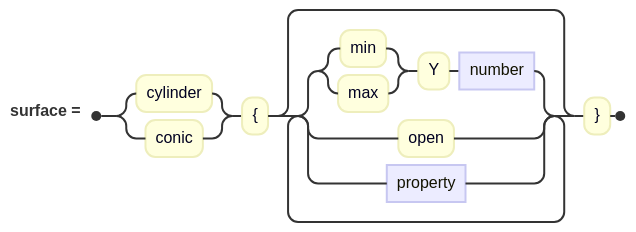
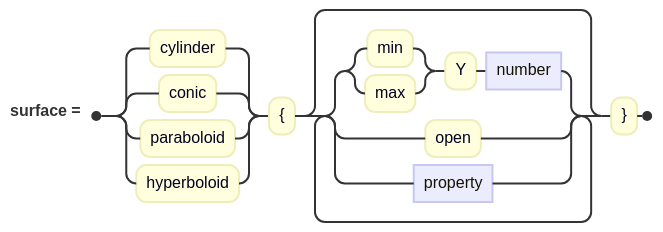
Before and after one commit to jskress/RayTracer: the diagram in docs/diagrams/surfaces/extrudedSurface.mmd, drawn with Mermaid. The commit also changed 142 other files, not shown here.

```diff
--- a/docs/diagrams/surfaces/extrudedSurface.mmd
+++ b/docs/diagrams/surfaces/extrudedSurface.mmd
@@ -1,5 +1,5 @@
 railroad-ebnf-beta
-title "Cylinder and conic"
+title "Cylinder, conic, paraboloid and hyperboloid"
 
-surface = ( "cylinder" | "conic" ) "{" { ( "min" | "max" ) "Y" number
+surface = ( "cylinder" | "conic" | "paraboloid" | "hyperboloid" ) "{" { ( "min" | "max" ) "Y" number
         | "open" | property } "}" ;
```
